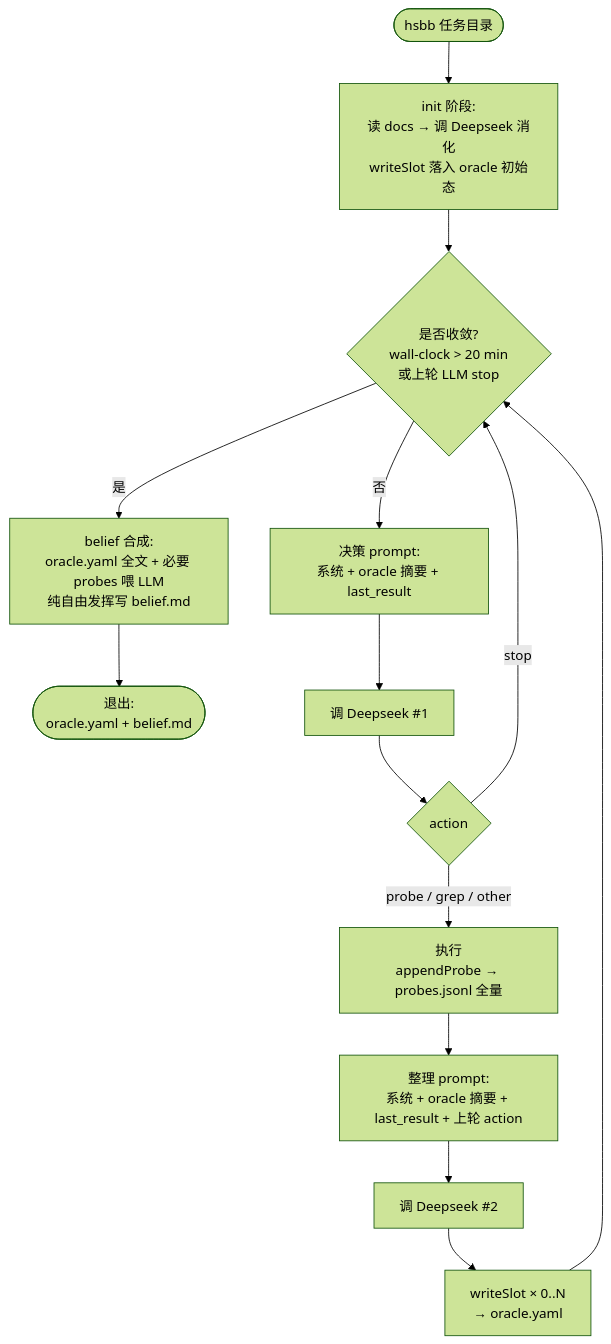
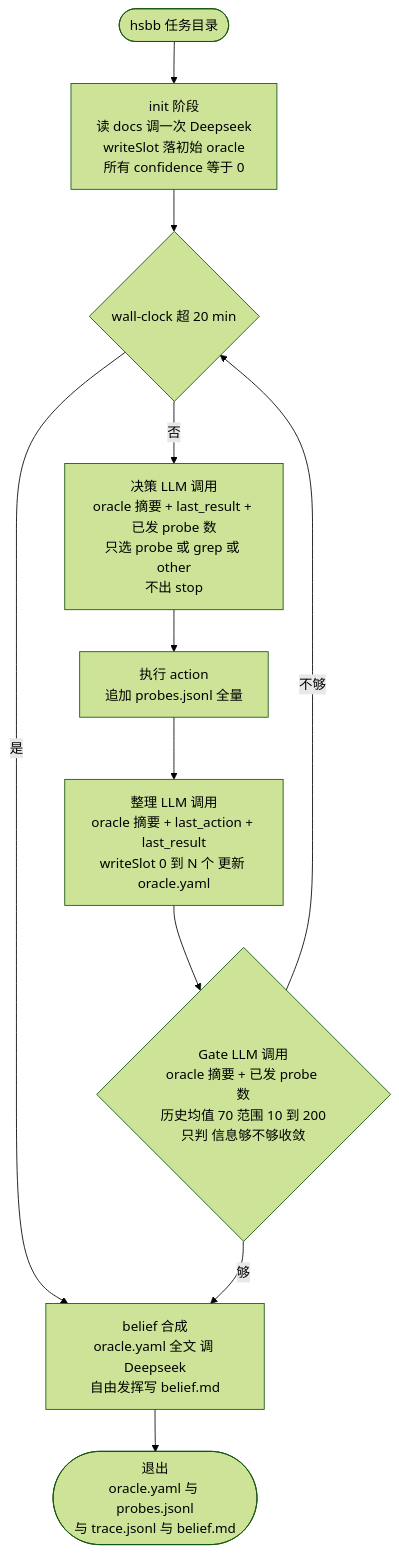
The diagram in FLOW.md (fucommingsoon/hs-blackbox-agent), drawn with Mermaid (forest theme) before and after one commit. The commit also changed other lines of this file and 3 other files, not shown here.

First line of the commit message:
feat: v3 - Gate 节点 + confidence decay + 反馈透明化 + 参考文档常驻

````diff
--- a/FLOW.md
+++ b/FLOW.md
@@ -3,19 +3,19 @@
 ```mermaid
 flowchart TD
-    Start([hsbb 任务目录]) --> Init[init 阶段:<br/>读 docs → 调 Deepseek 消化<br/>writeSlot 落入 oracle 初始态]
+    Start([hsbb 任务目录]) --> Init
+    Init[init 阶段<br>读 docs 调一次 Deepseek<br>writeSlot 落初始 oracle<br>所有 confidence 等于 0]
     Init --> Conv
 
-    Conv{是否收敛?<br/>wall-clock > 20 min<br/>或上轮 LLM stop}
-    Conv -- 是 --> Synth[belief 合成:<br/>oracle.yaml 全文 + 必要 probes 喂 LLM<br/>纯自由发挥写 belief.md]
-    Synth --> Done([退出:<br/>oracle.yaml + belief.md])
-    Conv -- 否 --> Decide
+    Conv{wall-clock 超 20 min}
+    Conv -- 是 --> Synth
+    Conv -- 否 --> Decision
 
-    Decide[决策 prompt:<br/>系统 + oracle 摘要 + last_result] --> CallD[调 Deepseek #1]
-    CallD --> Action{action}
-    Action -- stop --> Conv
-    Action -- probe / grep / other --> Exec[执行<br/>appendProbe → probes.jsonl 全量]
-    Exec --> Integ[整理 prompt:<br/>系统 + oracle 摘要 + last_result + 上轮 action]
-    Integ --> CallI[调 Deepseek #2]
-    CallI --> Write[writeSlot × 0..N<br/>→ oracle.yaml]
-    Write --> Conv
+    Decision[决策 LLM 调用<br>oracle 摘要 + last_result + 已发 probe 数<br>只选 probe 或 grep 或 other<br>不出 stop]
+    Decision --> Exec[执行 action<br>追加 probes.jsonl 全量]
+    Exec --> Integration[整理 LLM 调用<br>oracle 摘要 + last_action + last_result<br>writeSlot 0 到 N 个 更新 oracle.yaml]
+    Integration --> Gate{Gate LLM 调用<br>oracle 摘要 + 已发 probe 数<br>历史均值 70 范围 10 到 200<br>只判 信息够不够收敛}
+
+    Gate -- 不够 --> Conv
+    Gate -- 够 --> Synth[belief 合成<br>oracle.yaml 全文 调 Deepseek<br>自由发挥写 belief.md]
+    Synth --> Done([退出<br>oracle.yaml 与 probes.jsonl<br>与 trace.jsonl 与 belief.md])
 ```
````
